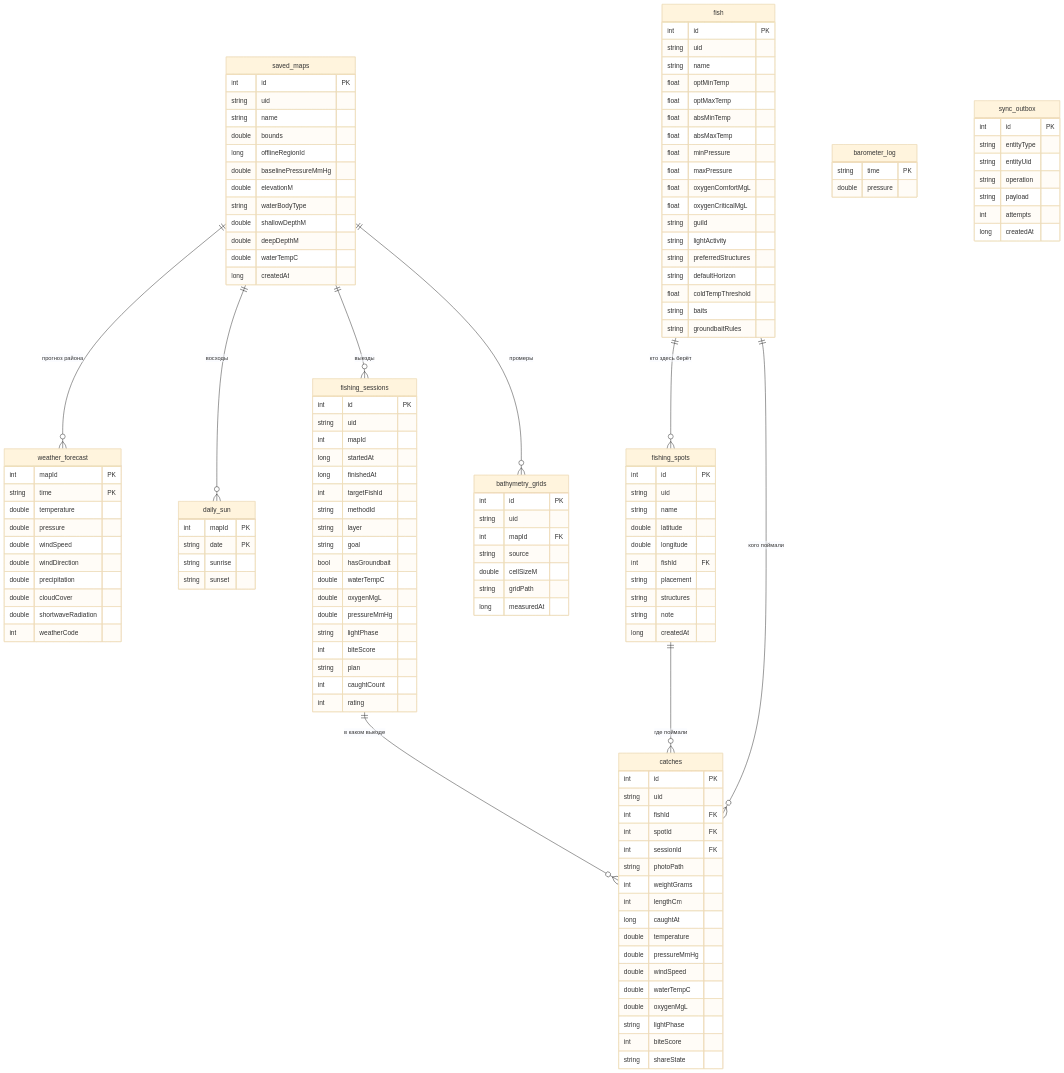
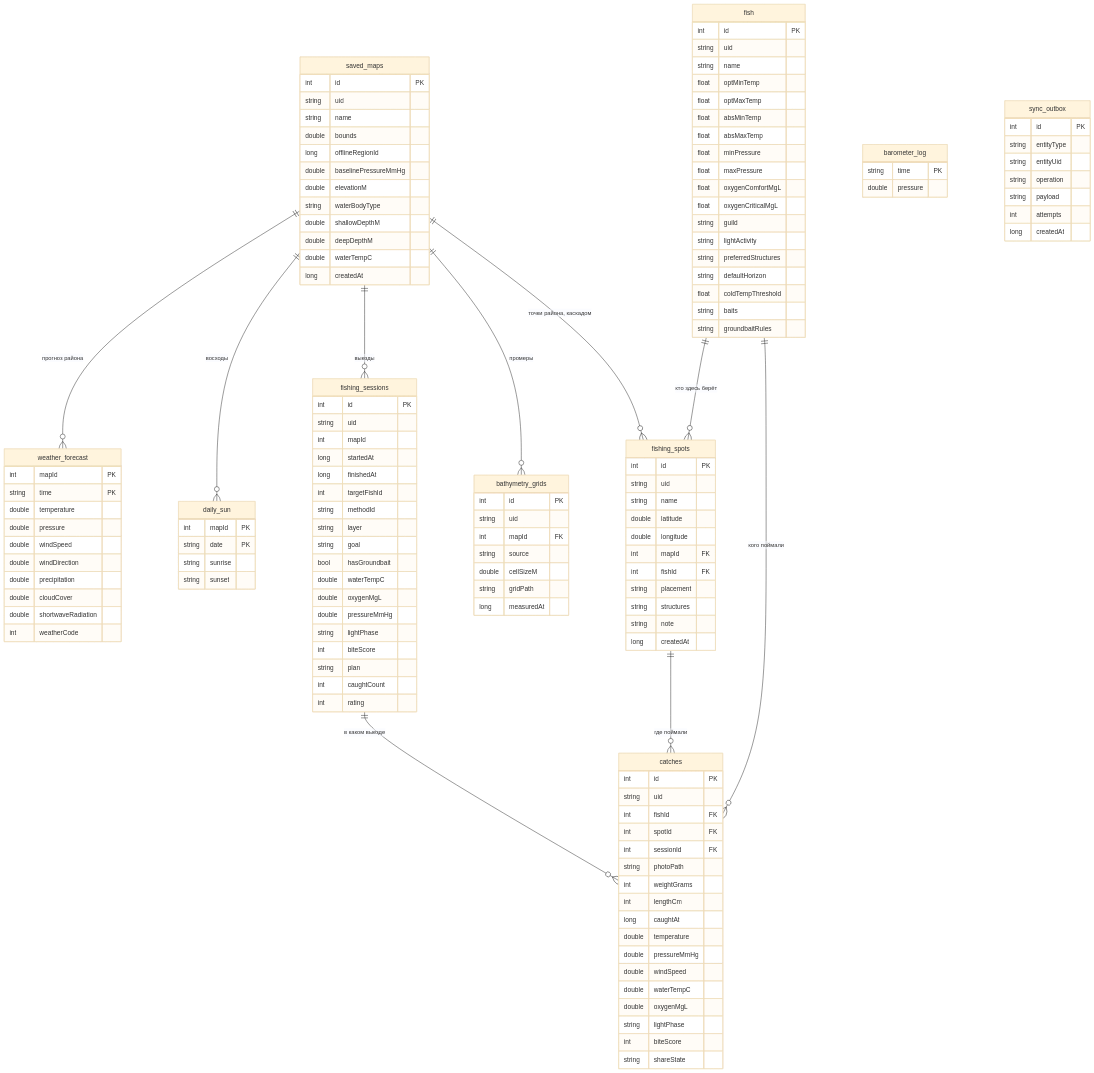
One commit to chelowek054-lgtm/fishForecast changed the first of 2 diagrams in app/docs/architecture/04-data-dictionary.md. Above: the diagram before and after it, drawn with Mermaid (base theme). The commit also changed other lines of this file and 9 other files, not shown here.

```diff
--- a/app/docs/architecture/04-data-dictionary.md
+++ b/app/docs/architecture/04-data-dictionary.md
@@ -24,6 +24,7 @@
     saved_maps ||--o{ daily_sun : "восходы"
     saved_maps ||--o{ fishing_sessions : "выезды"
     saved_maps ||--o{ bathymetry_grids : "промеры"
+    saved_maps ||--o{ fishing_spots : "точки района, каскадом"
     fish ||--o{ fishing_spots : "кто здесь берёт"
     fish ||--o{ catches : "кого поймали"
     fishing_spots ||--o{ catches : "где поймали"
@@ -69,6 +70,7 @@
         string name
         double latitude
         double longitude
+        int mapId FK
         int fishId FK
         string placement
         string structures
```
